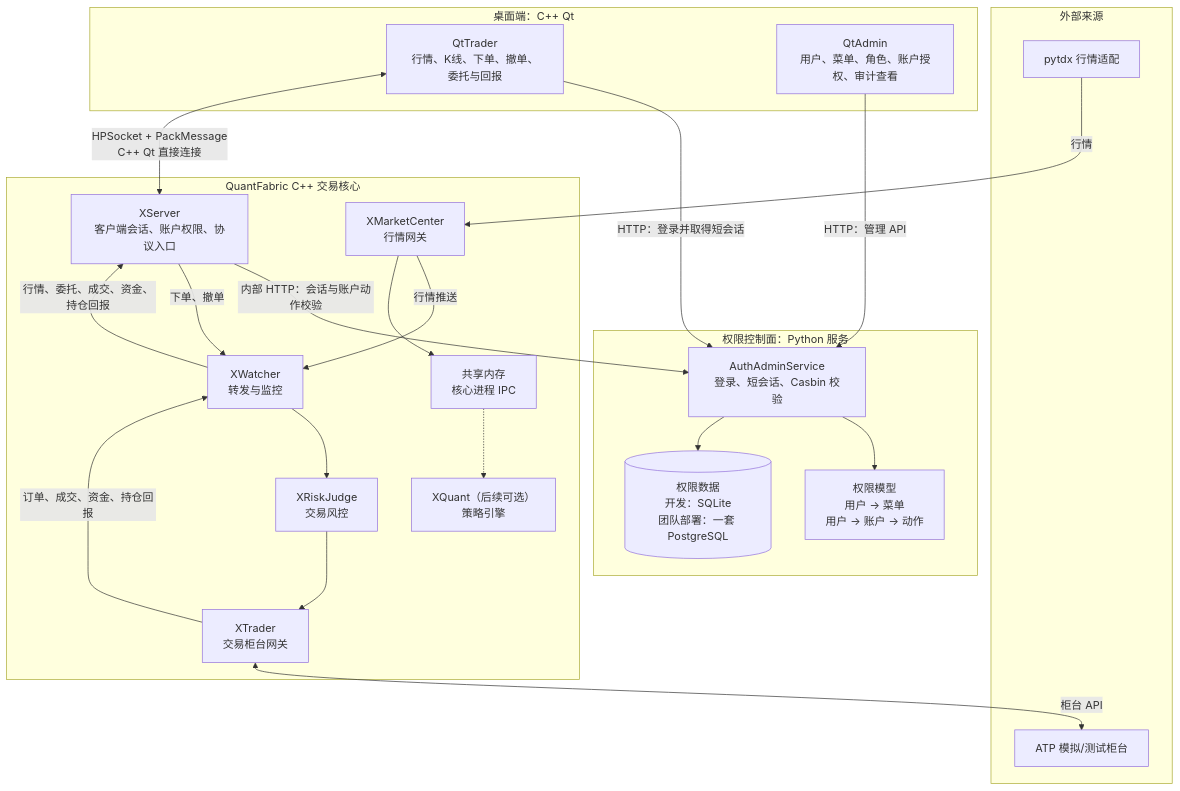
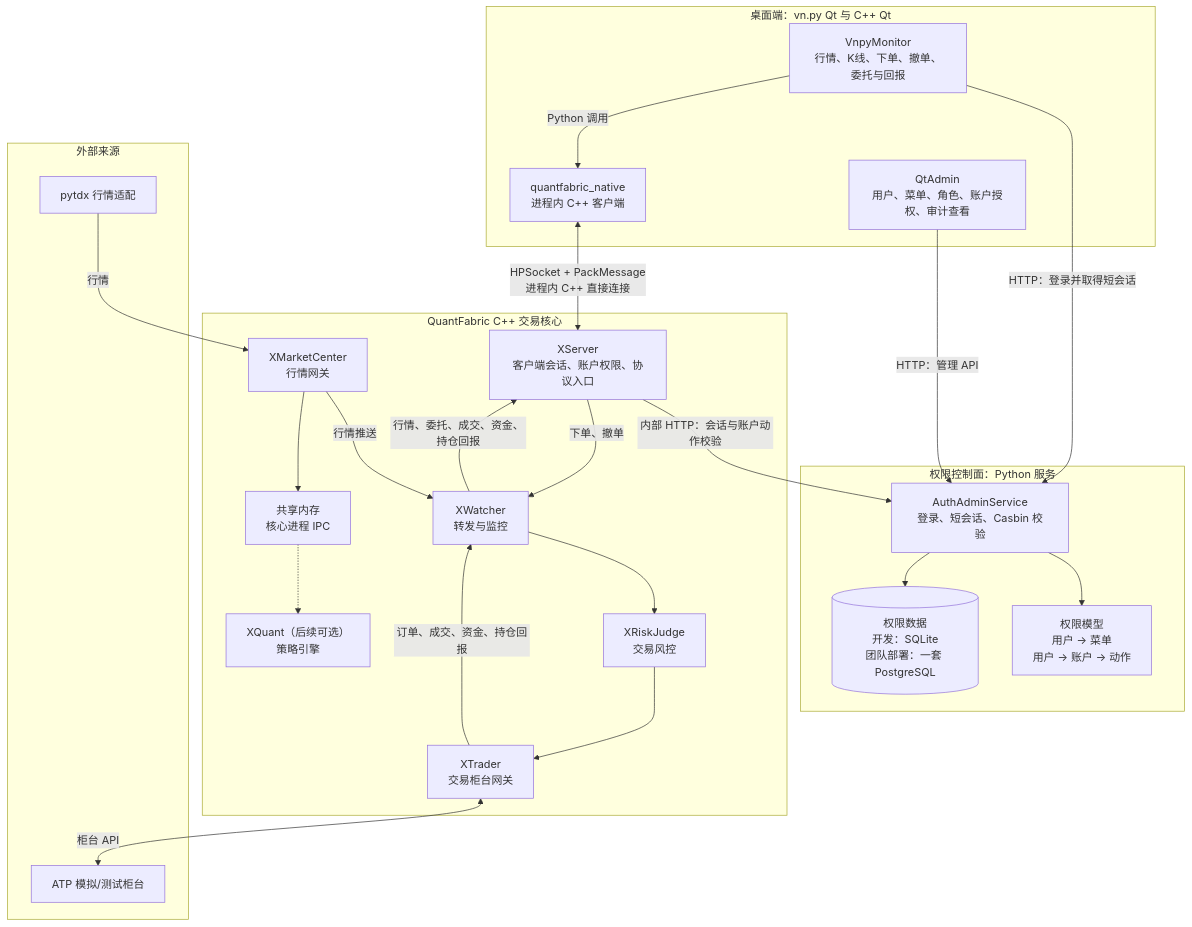
Before and after one commit to Weatherbless2/quantfabric-trading-platform: the diagram in doc/architecture/TargetArchitecture.md, drawn with Mermaid. The commit also changed other lines of this file and 3 other files, not shown here.

Commit message:
docs: document native vnpy frontend

````diff
--- a/doc/architecture/TargetArchitecture.md
+++ b/doc/architecture/TargetArchitecture.md
@@ -5,47 +5,49 @@
 ```mermaid
 flowchart TB
-    subgraph Desktop["桌面端：C++ Qt"]
-        QtTrader["QtTrader<br/>行情、K线、下单、撤单、委托与回报"]
+    subgraph Desktop["桌面端：vn.py Qt 与 C++ Qt"]
+        VnpyMonitor["VnpyMonitor<br/>行情、K线、下单、撤单、委托与回报"]
+        NativeClient["quantfabric_native<br/>进程内 C++ 客户端"]
         QtAdmin["QtAdmin<br/>用户、菜单、角色、账户授权、审计查看"]
     end
 
     subgraph Auth["权限控制面：Python 服务"]
         AuthAdmin["AuthAdminService<br/>登录、短会话、Casbin 校验"]
         Policy["权限模型<br/>用户 -> 菜单<br/>用户 -> 账户 -> 动作"]
         AuthDB[("权限数据<br/>开发：SQLite<br/>团队部署：一套 PostgreSQL")]
         AuthAdmin --> Policy
         AuthAdmin --> AuthDB
     end
 
     subgraph Core["QuantFabric C++ 交易核心"]
         XServer["XServer<br/>客户端会话、账户权限、协议入口"]
         XWatcher["XWatcher<br/>转发与监控"]
         XRiskJudge["XRiskJudge<br/>交易风控"]
         XTrader["XTrader<br/>交易柜台网关"]
         XMarketCenter["XMarketCenter<br/>行情网关"]
         SharedMemory["共享内存<br/>核心进程 IPC"]
         XQuant["XQuant（后续可选）<br/>策略引擎"]
     end
 
     subgraph External["外部来源"]
         PyTdx["pytdx 行情适配"]
         ATP["ATP 模拟/测试柜台"]
     end
 
     QtAdmin -->|"HTTP：管理 API"| AuthAdmin
-    QtTrader -->|"HTTP：登录并取得短会话"| AuthAdmin
-    QtTrader <-->|"HPSocket + PackMessage<br/>C++ Qt 直接连接"| XServer
+    VnpyMonitor -->|"HTTP：登录并取得短会话"| AuthAdmin
+    VnpyMonitor -->|"Python 调用"| NativeClient
+    NativeClient <-->|"HPSocket + PackMessage<br/>进程内 C++ 直接连接"| XServer
     XServer -->|"内部 HTTP：会话与账户动作校验"| AuthAdmin
 
     PyTdx -->|"行情"| XMarketCenter
     XMarketCenter -->|"行情推送"| XWatcher
     XMarketCenter --> SharedMemory
     SharedMemory -.-> XQuant
     XWatcher -->|"行情、委托、成交、资金、持仓回报"| XServer
 
     XServer -->|"下单、撤单"| XWatcher
     XWatcher --> XRiskJudge
     XRiskJudge --> XTrader
     XTrader <-->|"柜台 API"| ATP
     XTrader -->|"订单、成交、资金、持仓回报"| XWatcher
 ```
````
